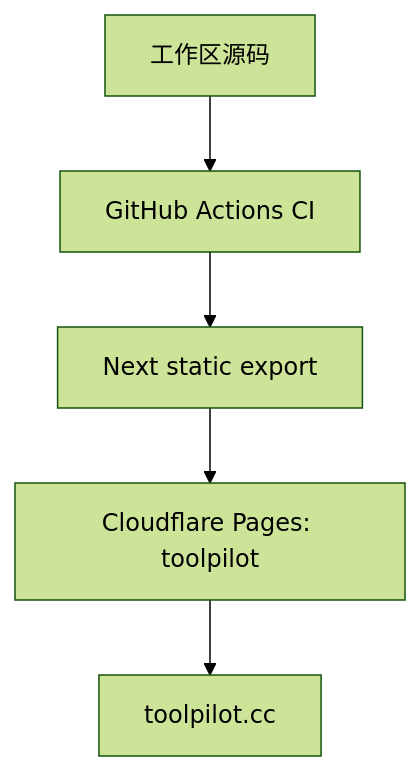
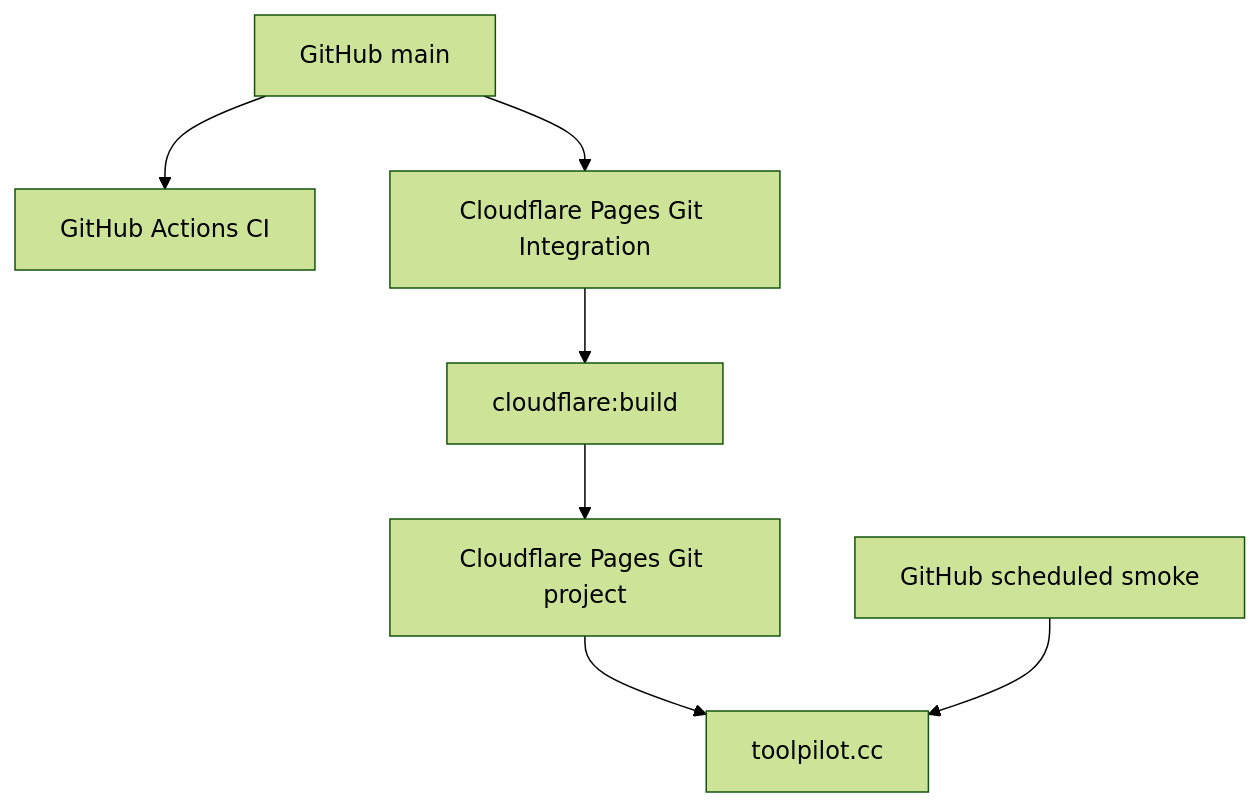
The second of 2 diagrams in ARCHITECTURE.md (yubinhong/toolpilot), drawn with Mermaid (forest theme) before and after one commit. The commit also changed other lines of this file and 17 other files, not shown here.

Commit message:
docs(deploy): migrate Cloudflare Pages to Git Integration

````diff
--- a/ARCHITECTURE.md
+++ b/ARCHITECTURE.md
@@ -127,7 +127,9 @@
 ```mermaid
 flowchart TD
-    R[工作区源码] --> CI[GitHub Actions CI]
-    CI --> B[Next static export]
-    B --> H[Cloudflare Pages: toolpilot]
+    R[GitHub main] --> CI[GitHub Actions CI]
+    R --> CF[Cloudflare Pages Git Integration]
+    CF --> B[cloudflare:build]
+    B --> H[Cloudflare Pages Git project]
     H --> D[toolpilot.cc]
+    M[GitHub scheduled smoke] --> D
 ```
````
